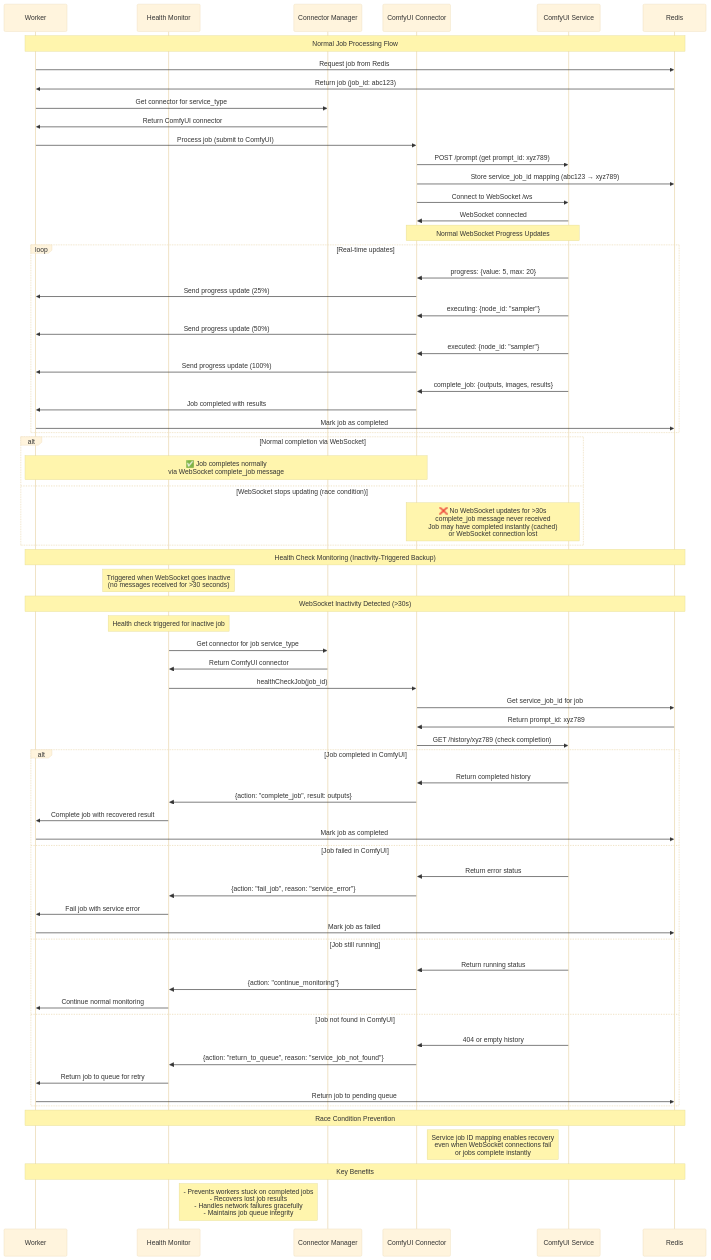
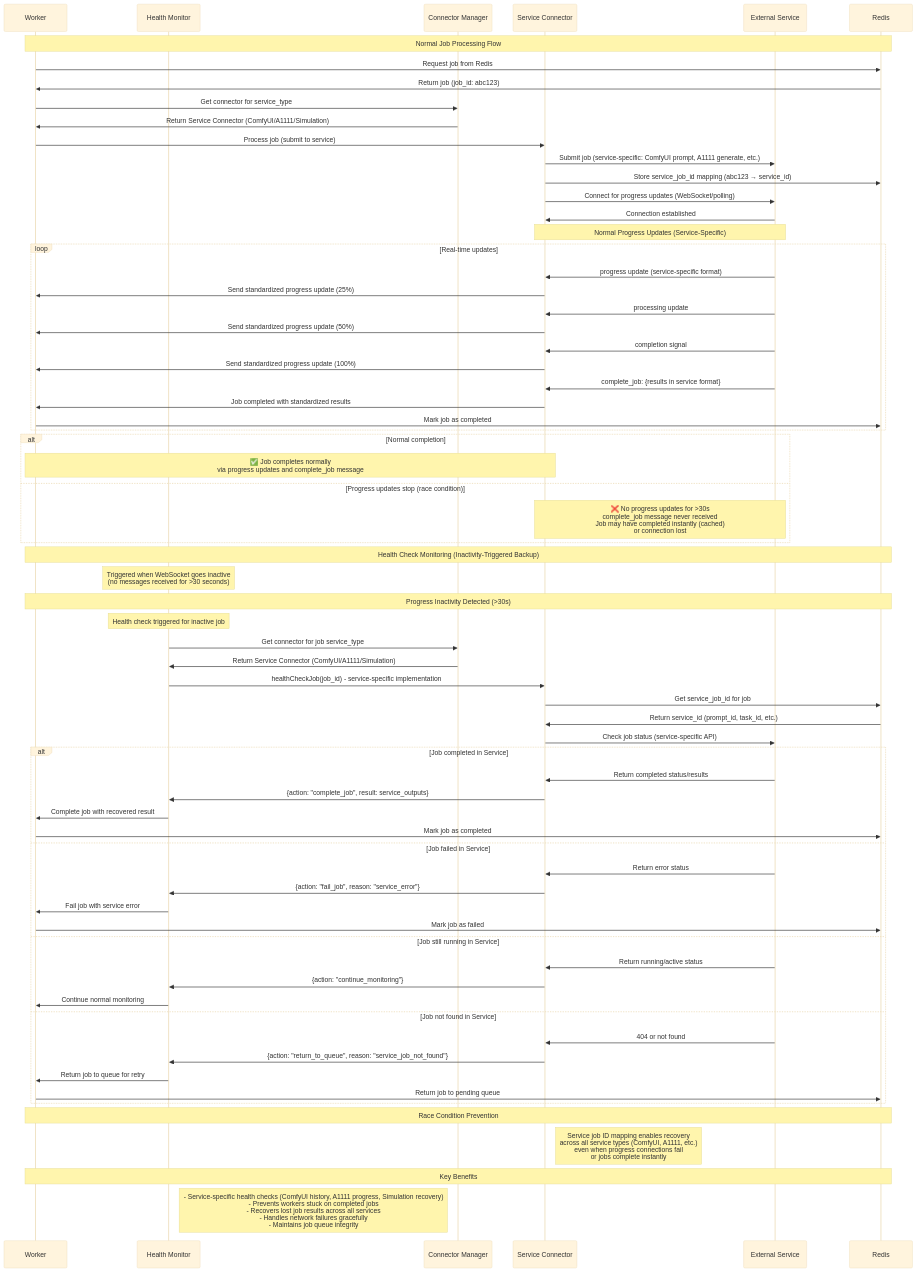
One commit to stakeordie/emp-job-queue changed the diagram in apps/docs/src/health-check-sequence-diagram.md. Above: the diagram before and after it, drawn with Mermaid (base theme). The commit also changed other lines of this file and 26 other files, not shown here.

First line of the commit message:
feat(websocket): implement EmProps message compatibility and enhanced connector architecture

````diff
--- a/apps/docs/src/health-check-sequence-diagram.md
+++ b/apps/docs/src/health-check-sequence-diagram.md
@@ -21,78 +21,78 @@
 ```mermaid
 sequenceDiagram
     participant W as Worker
     participant HM as Health Monitor
     participant CM as Connector Manager
-    participant CC as ComfyUI Connector
-    participant CU as ComfyUI Service
+    participant SC as Service Connector
+    participant SV as External Service
     participant R as Redis
 
     Note over W,R: Normal Job Processing Flow
     W->>R: Request job from Redis
     R->>W: Return job (job_id: abc123)
     W->>CM: Get connector for service_type
-    CM->>W: Return ComfyUI connector
-    W->>CC: Process job (submit to ComfyUI)
-    CC->>CU: POST /prompt (get prompt_id: xyz789)
-    CC->>R: Store service_job_id mapping (abc123 → xyz789)
-    CC->>CU: Connect to WebSocket /ws
-    CU->>CC: WebSocket connected
+    CM->>W: Return Service Connector (ComfyUI/A1111/Simulation)
+    W->>SC: Process job (submit to service)
+    SC->>SV: Submit job (service-specific: ComfyUI prompt, A1111 generate, etc.)
+    SC->>R: Store service_job_id mapping (abc123 → service_id)
+    SC->>SV: Connect for progress updates (WebSocket/polling)
+    SV->>SC: Connection established
     
-    Note over CC,CU: Normal WebSocket Progress Updates
+    Note over SC,SV: Normal Progress Updates (Service-Specific)
     loop Real-time updates
-        CU->>CC: progress: {value: 5, max: 20}
-        CC->>W: Send progress update (25%)
-        CU->>CC: executing: {node_id: "sampler"}
-        CC->>W: Send progress update (50%)
-        CU->>CC: executed: {node_id: "sampler"}
-        CC->>W: Send progress update (100%)
-        CU->>CC: complete_job: {outputs, images, results}
-        CC->>W: Job completed with results
+        SV->>SC: progress update (service-specific format)
+        SC->>W: Send standardized progress update (25%)
+        SV->>SC: processing update
+        SC->>W: Send standardized progress update (50%)
+        SV->>SC: completion signal
+        SC->>W: Send standardized progress update (100%)
+        SV->>SC: complete_job: {results in service format}
+        SC->>W: Job completed with standardized results
         W->>R: Mark job as completed
     end
     
-    alt Normal completion via WebSocket
-        Note over CC,W: ✅ Job completes normally<br/>via WebSocket complete_job message
-    else WebSocket stops updating (race condition)
-        Note over CC,CU: ❌ No WebSocket updates for >30s<br/>complete_job message never received<br/>Job may have completed instantly (cached)<br/>or WebSocket connection lost
+    alt Normal completion
+        Note over SC,W: ✅ Job completes normally<br/>via progress updates and complete_job message
+    else Progress updates stop (race condition)
+        Note over SC,SV: ❌ No progress updates for >30s<br/>complete_job message never received<br/>Job may have completed instantly (cached)<br/>or connection lost
     end
     
     Note over W,R: Health Check Monitoring (Inactivity-Triggered Backup)
     Note over HM: Triggered when WebSocket goes inactive<br/>(no messages received for >30 seconds)
     
-    Note over W,R: WebSocket Inactivity Detected (>30s)
+    Note over W,R: Progress Inactivity Detected (>30s)
     Note over HM: Health check triggered for inactive job
     HM->>CM: Get connector for job service_type
-    CM->>HM: Return ComfyUI connector
-    HM->>CC: healthCheckJob(job_id)
-    CC->>R: Get service_job_id for job
-    R->>CC: Return prompt_id: xyz789
-    CC->>CU: GET /history/xyz789 (check completion)
+    CM->>HM: Return Service Connector (ComfyUI/A1111/Simulation)
+    HM->>SC: healthCheckJob(job_id) - service-specific implementation
+    SC->>R: Get service_job_id for job
+    R->>SC: Return service_id (prompt_id, task_id, etc.)
+    SC->>SV: Check job status (service-specific API)
     
-    alt Job completed in ComfyUI
-        CU->>CC: Return completed history
-        CC->>HM: {action: "complete_job", result: outputs}
+    alt Job completed in Service
+        SV->>SC: Return completed status/results
+        SC->>HM: {action: "complete_job", result: service_outputs}
         HM->>W: Complete job with recovered result
         W->>R: Mark job as completed
-    else Job failed in ComfyUI
-        CU->>CC: Return error status
-        CC->>HM: {action: "fail_job", reason: "service_error"}
+    else Job failed in Service
+        SV->>SC: Return error status
+        SC->>HM: {action: "fail_job", reason: "service_error"}
         HM->>W: Fail job with service error
         W->>R: Mark job as failed
-    else Job still running
-        CU->>CC: Return running status
-        CC->>HM: {action: "continue_monitoring"}
+    else Job still running in Service
+        SV->>SC: Return running/active status
+        SC->>HM: {action: "continue_monitoring"}
         HM->>W: Continue normal monitoring
-    else Job not found in ComfyUI
-        CU->>CC: 404 or empty history
-        CC->>HM: {action: "return_to_queue", reason: "service_job_not_found"}
+    else Job not found in Service
+        SV->>SC: 404 or not found
+        SC->>HM: {action: "return_to_queue", reason: "service_job_not_found"}
         HM->>W: Return job to queue for retry
         W->>R: Return job to pending queue
     end
 
     Note over W,R: Race Condition Prevention
-    Note right of CC: Service job ID mapping enables recovery<br/>even when WebSocket connections fail<br/>or jobs complete instantly
+    Note right of SC: Service job ID mapping enables recovery<br/>across all service types (ComfyUI, A1111, etc.)<br/>even when progress connections fail<br/>or jobs complete instantly
     
     Note over W,R: Key Benefits
-    Note right of HM: - Prevents workers stuck on completed jobs<br/>- Recovers lost job results<br/>- Handles network failures gracefully<br/>- Maintains job queue integrity
+    Note right of HM: - Service-specific health checks (ComfyUI history, A1111 progress, Simulation recovery)<br/>- Prevents workers stuck on completed jobs<br/>- Recovers lost job results across all services<br/>- Handles network failures gracefully<br/>- Maintains job queue integrity
 ```
````
